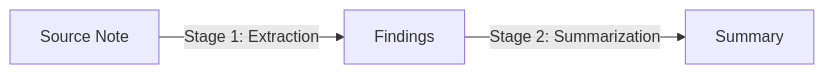
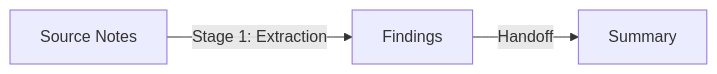
Before and after one commit to Mikhail-Shakhnazarov/earmark-kernel: the diagram in docs/tutorials/research-synthesis-demo.md, drawn with Mermaid. The commit also changed other lines of this file and 61 other files, not shown here.

````diff
--- a/docs/tutorials/research-synthesis-demo.md
+++ b/docs/tutorials/research-synthesis-demo.md
@@ -11,5 +9,5 @@
 ```mermaid
 flowchart LR
-    SN[Source Note] -->|Stage 1: Extraction| F[Findings]
-    F -->|Stage 2: Summarization| S[Summary]
+    SN[Source Notes] -->|Stage 1: Extraction| F[Findings]
+    F -->|Handoff| S[Summary]
 ```
````
